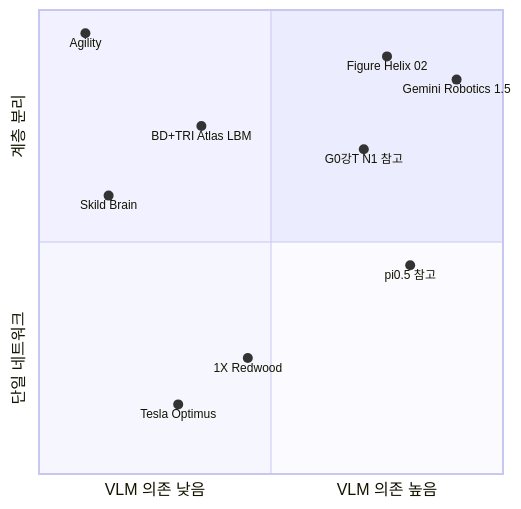
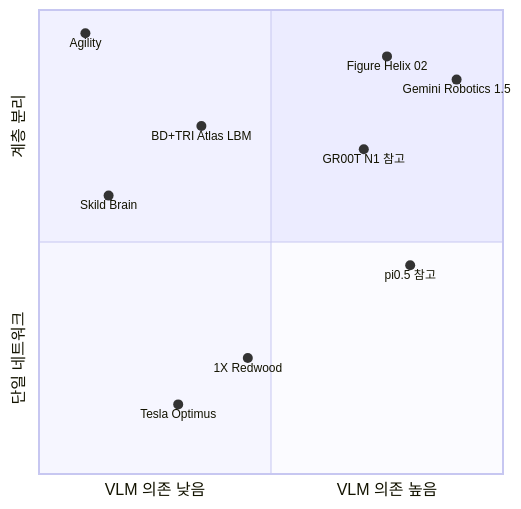
The diagram in part10-vla-lineage/lec48-proprietary-vla.md (HPaper/physical-ai-curriculum), drawn with Mermaid before and after one commit. The commit also changed other lines of this file and 54 other files, not shown here.

````diff
--- a/part10-vla-lineage/lec48-proprietary-vla.md
+++ b/part10-vla-lineage/lec48-proprietary-vla.md
@@ -11,14 +11,14 @@
 ```mermaid
 quadrantChart
     x-axis VLM 의존 낮음 --> VLM 의존 높음
     y-axis 단일 네트워크 --> 계층 분리
     Agility: [0.10, 0.95]
     Figure Helix 02: [0.75, 0.90]
     Gemini Robotics 1.5: [0.90, 0.85]
     BD+TRI Atlas LBM: [0.35, 0.75]
-    G0강T N1 참고: [0.70, 0.70]
+    GR00T N1 참고: [0.70, 0.70]
     Skild Brain: [0.15, 0.60]
     pi0.5 참고: [0.80, 0.45]
     1X Redwood: [0.45, 0.25]
     Tesla Optimus: [0.30, 0.15]
 ```
````
